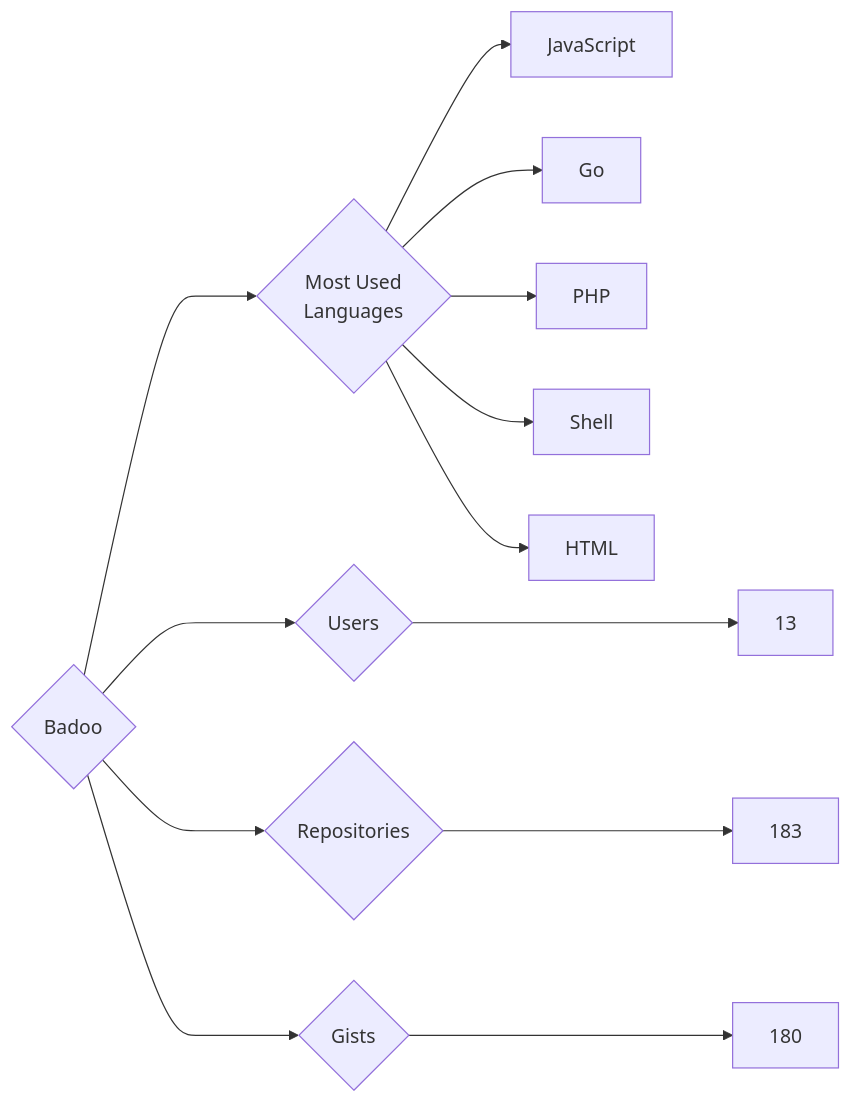
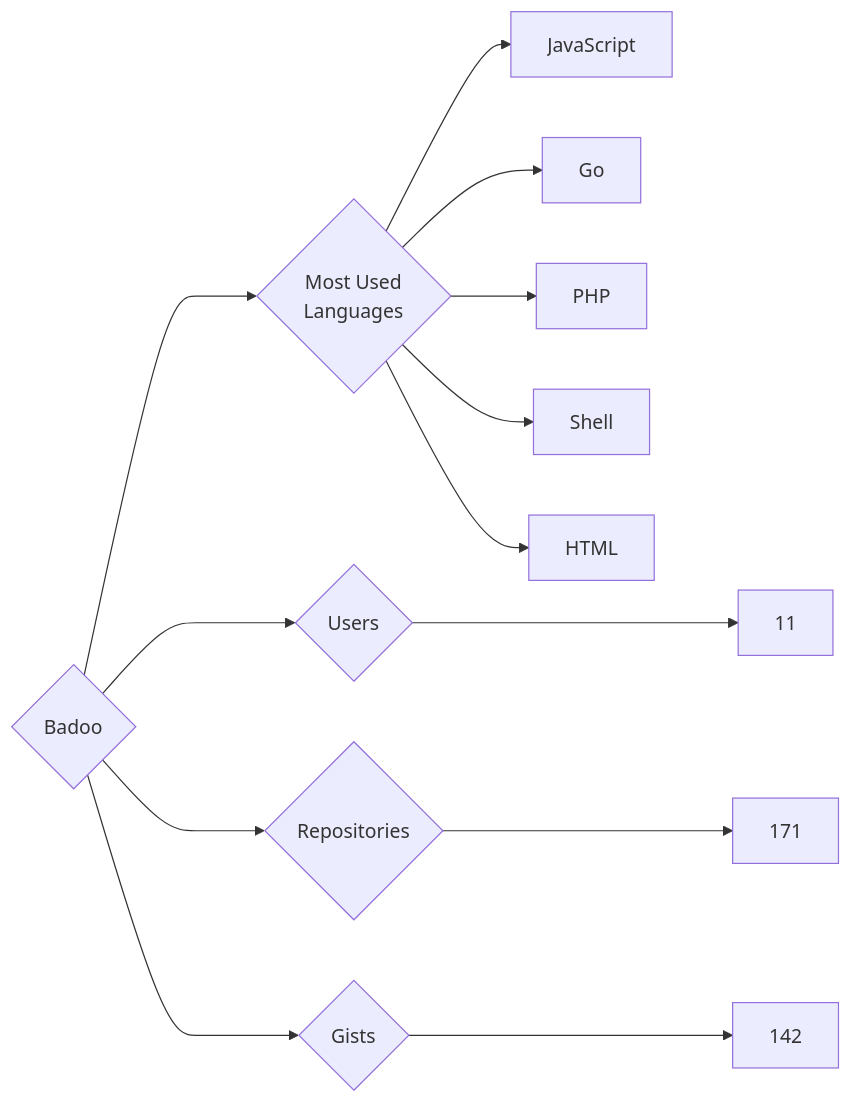
One commit to trickest/insiders changed the diagram in targets/Badoo/README.md. Above: the diagram before and after it, drawn with Mermaid. The commit also changed 870 other files, not shown here.

````diff
--- a/targets/Badoo/README.md
+++ b/targets/Badoo/README.md
@@ -3,13 +3,13 @@
 ```mermaid
 graph LR
 COMPANY_NAME{Badoo}
-COMPANY_NAME ---> U{Users} ---> UN[13]
-COMPANY_NAME ---> R{Repositories} ---> RN[183]
-COMPANY_NAME ---> G{Gists} ---> GN[180]
+COMPANY_NAME ---> U{Users} ---> UN[11]
+COMPANY_NAME ---> R{Repositories} ---> RN[171]
+COMPANY_NAME ---> G{Gists} ---> GN[142]
 COMPANY_NAME ---> ML{Most Used<br>Languages}
 ML --> JavaScript[JavaScript]
 ML --> Go[Go]
 ML --> PHP[PHP]
 ML --> Shell[Shell]
 ML --> HTML[HTML]
 ```
````
